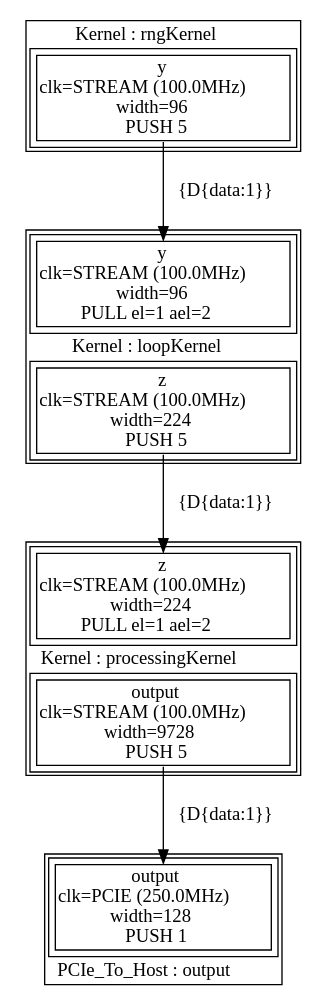
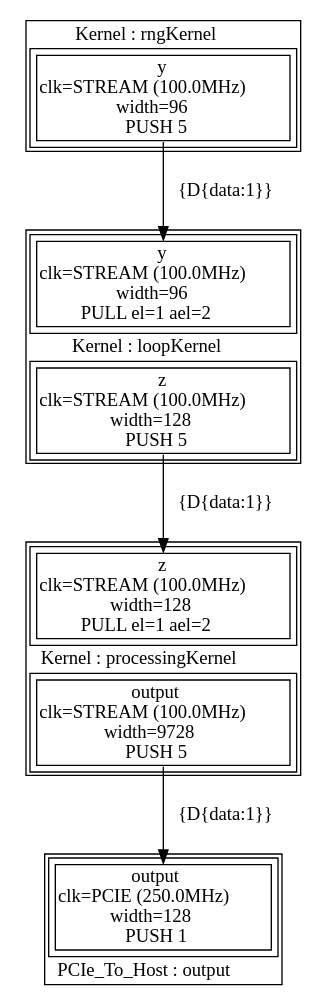
The diagram in MCSS/builds/sim/MCSS_MAX5C_DFE_SIM/scratch/Manager_MCSS_pipelining.dot (DiamonDinoia/mcss), drawn with Graphviz before and after one commit. The commit also changed 160 other files, not shown here.

```diff
--- a/MCSS/builds/sim/MCSS_MAX5C_DFE_SIM/scratch/Manager_MCSS_pipelining.dot
+++ b/MCSS/builds/sim/MCSS_MAX5C_DFE_SIM/scratch/Manager_MCSS_pipelining.dot
@@ -1,9 +1,9 @@
 digraph manager_compiler_graph {
 rngKernel[shape=plaintext, label=<<TABLE  BORDER="1" CELLPADDING="1" CELLSPACING="1"><TR><TD BGCOLOR="white" BORDER="0" PORT="node_info" ROWSPAN="1" COLSPAN="1">Kernel : rngKernel</TD></TR><TR><TD BGCOLOR="white" BORDER="0" PORT="outputs" ROWSPAN="1" COLSPAN="1"><TABLE  BORDER="1" CELLPADDING="1" CELLSPACING="4"><TR><TD BGCOLOR="white" BORDER="1" PORT="y" ROWSPAN="1" COLSPAN="1">y<BR/>clk=STREAM (100.0MHz)<BR/>width=96<BR/>PUSH 5</TD></TR></TABLE></TD></TR></TABLE>>];
-loopKernel[shape=plaintext, label=<<TABLE  BORDER="1" CELLPADDING="1" CELLSPACING="1"><TR><TD BGCOLOR="white" BORDER="0" PORT="inputs" ROWSPAN="1" COLSPAN="1"><TABLE  BORDER="1" CELLPADDING="1" CELLSPACING="4"><TR><TD BGCOLOR="white" BORDER="1" PORT="y" ROWSPAN="1" COLSPAN="1">y<BR/>clk=STREAM (100.0MHz)<BR/>width=96<BR/>PULL el=1 ael=2</TD></TR></TABLE></TD></TR><TR><TD BGCOLOR="white" BORDER="0" PORT="node_info" ROWSPAN="1" COLSPAN="1">Kernel : loopKernel</TD></TR><TR><TD BGCOLOR="white" BORDER="0" PORT="outputs" ROWSPAN="1" COLSPAN="1"><TABLE  BORDER="1" CELLPADDING="1" CELLSPACING="4"><TR><TD BGCOLOR="white" BORDER="1" PORT="z" ROWSPAN="1" COLSPAN="1">z<BR/>clk=STREAM (100.0MHz)<BR/>width=224<BR/>PUSH 5</TD></TR></TABLE></TD></TR></TABLE>>];
-processingKernel[shape=plaintext, label=<<TABLE  BORDER="1" CELLPADDING="1" CELLSPACING="1"><TR><TD BGCOLOR="white" BORDER="0" PORT="inputs" ROWSPAN="1" COLSPAN="1"><TABLE  BORDER="1" CELLPADDING="1" CELLSPACING="4"><TR><TD BGCOLOR="white" BORDER="1" PORT="z" ROWSPAN="1" COLSPAN="1">z<BR/>clk=STREAM (100.0MHz)<BR/>width=224<BR/>PULL el=1 ael=2</TD></TR></TABLE></TD></TR><TR><TD BGCOLOR="white" BORDER="0" PORT="node_info" ROWSPAN="1" COLSPAN="1">Kernel : processingKernel</TD></TR><TR><TD BGCOLOR="white" BORDER="0" PORT="outputs" ROWSPAN="1" COLSPAN="1"><TABLE  BORDER="1" CELLPADDING="1" CELLSPACING="4"><TR><TD BGCOLOR="white" BORDER="1" PORT="output" ROWSPAN="1" COLSPAN="1">output<BR/>clk=STREAM (100.0MHz)<BR/>width=9728<BR/>PUSH 5</TD></TR></TABLE></TD></TR></TABLE>>];
+loopKernel[shape=plaintext, label=<<TABLE  BORDER="1" CELLPADDING="1" CELLSPACING="1"><TR><TD BGCOLOR="white" BORDER="0" PORT="inputs" ROWSPAN="1" COLSPAN="1"><TABLE  BORDER="1" CELLPADDING="1" CELLSPACING="4"><TR><TD BGCOLOR="white" BORDER="1" PORT="y" ROWSPAN="1" COLSPAN="1">y<BR/>clk=STREAM (100.0MHz)<BR/>width=96<BR/>PULL el=1 ael=2</TD></TR></TABLE></TD></TR><TR><TD BGCOLOR="white" BORDER="0" PORT="node_info" ROWSPAN="1" COLSPAN="1">Kernel : loopKernel</TD></TR><TR><TD BGCOLOR="white" BORDER="0" PORT="outputs" ROWSPAN="1" COLSPAN="1"><TABLE  BORDER="1" CELLPADDING="1" CELLSPACING="4"><TR><TD BGCOLOR="white" BORDER="1" PORT="z" ROWSPAN="1" COLSPAN="1">z<BR/>clk=STREAM (100.0MHz)<BR/>width=128<BR/>PUSH 5</TD></TR></TABLE></TD></TR></TABLE>>];
+processingKernel[shape=plaintext, label=<<TABLE  BORDER="1" CELLPADDING="1" CELLSPACING="1"><TR><TD BGCOLOR="white" BORDER="0" PORT="inputs" ROWSPAN="1" COLSPAN="1"><TABLE  BORDER="1" CELLPADDING="1" CELLSPACING="4"><TR><TD BGCOLOR="white" BORDER="1" PORT="z" ROWSPAN="1" COLSPAN="1">z<BR/>clk=STREAM (100.0MHz)<BR/>width=128<BR/>PULL el=1 ael=2</TD></TR></TABLE></TD></TR><TR><TD BGCOLOR="white" BORDER="0" PORT="node_info" ROWSPAN="1" COLSPAN="1">Kernel : processingKernel</TD></TR><TR><TD BGCOLOR="white" BORDER="0" PORT="outputs" ROWSPAN="1" COLSPAN="1"><TABLE  BORDER="1" CELLPADDING="1" CELLSPACING="4"><TR><TD BGCOLOR="white" BORDER="1" PORT="output" ROWSPAN="1" COLSPAN="1">output<BR/>clk=STREAM (100.0MHz)<BR/>width=9728<BR/>PUSH 5</TD></TR></TABLE></TD></TR></TABLE>>];
 output[shape=plaintext, label=<<TABLE  BORDER="1" CELLPADDING="1" CELLSPACING="1"><TR><TD BGCOLOR="white" BORDER="0" PORT="inputs" ROWSPAN="1" COLSPAN="1"><TABLE  BORDER="1" CELLPADDING="1" CELLSPACING="4"><TR><TD BGCOLOR="white" BORDER="1" PORT="output" ROWSPAN="1" COLSPAN="1">output<BR/>clk=PCIE (250.0MHz)<BR/>width=128<BR/>PUSH 1</TD></TR></TABLE></TD></TR><TR><TD BGCOLOR="white" BORDER="0" PORT="node_info" ROWSPAN="1" COLSPAN="1">PCIe_To_Host : output</TD></TR></TABLE>>];
 rngKernel -> loopKernel [headport="y" tailport="y" label="{D{data:1}}"]
 loopKernel -> processingKernel [headport="z" tailport="z" label="{D{data:1}}"]
 processingKernel -> output [headport="output" tailport="output" label="{D{data:1}}"]
 }
```
